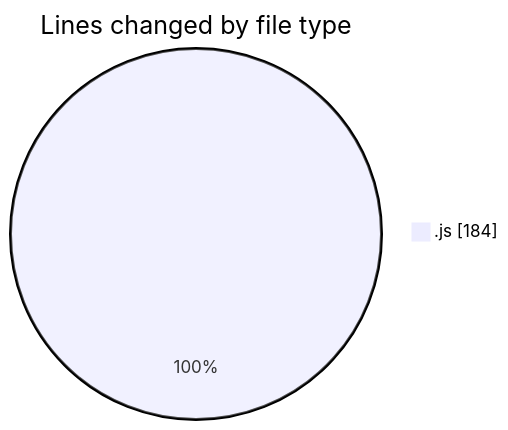
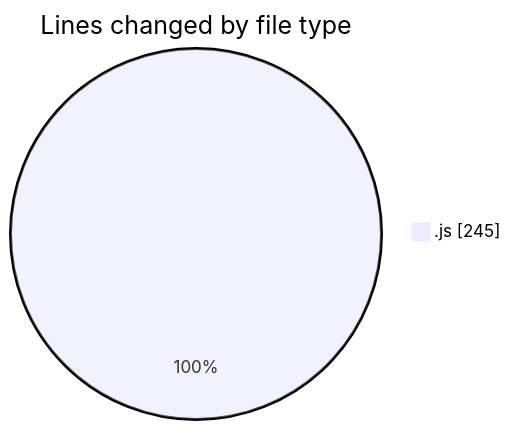
One commit to nxtqubesakshisongat/code-tracking changed the first of 2 diagrams in 2025-05-31/nxtqube_webapp/README.md. Above: the diagram before and after it, drawn with Mermaid. The commit also changed other lines of this file and 1 other file, not shown here.

````diff
--- a/2025-05-31/nxtqube_webapp/README.md
+++ b/2025-05-31/nxtqube_webapp/README.md
@@ -21,5 +22,5 @@
 ```mermaid
 pie showData
 title Lines changed by file type
-".js" : 184
+".js" : 245
 ```
````
